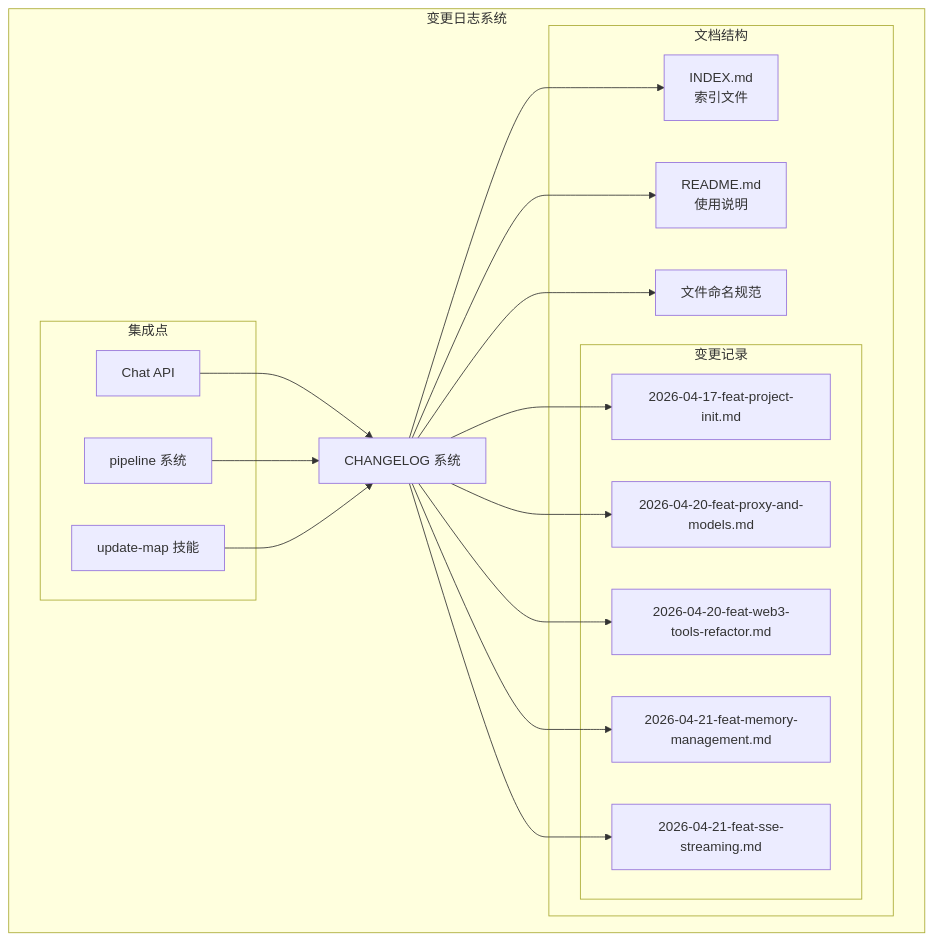
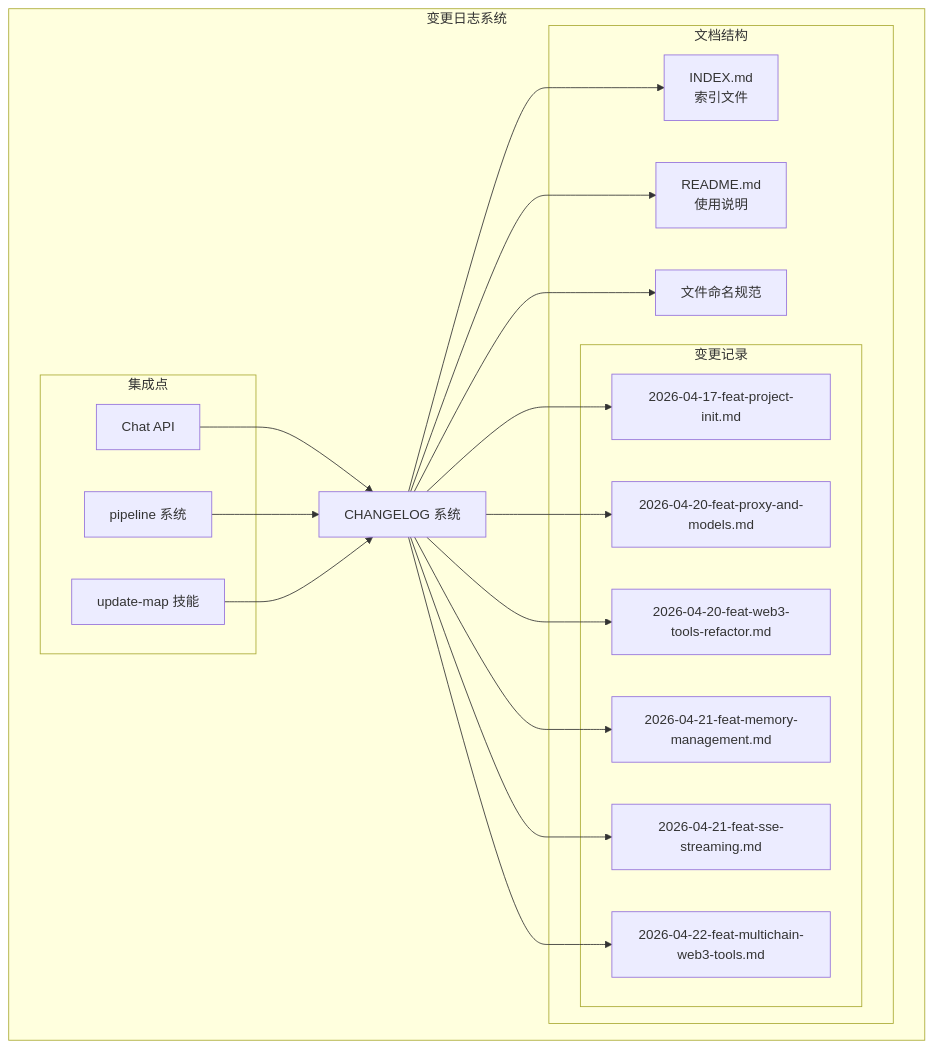
The first of 5 diagrams in .qoder/repowiki/zh/content/项目概述/变更日志系统.md (CryptoLinxu/Web3-AI-Agent), drawn with Mermaid before and after one commit. The commit also changed other lines of this file and 9 other files, not shown here.

````diff
--- a/.qoder/repowiki/zh/content/项目概述/变更日志系统.md
+++ b/.qoder/repowiki/zh/content/项目概述/变更日志系统.md
@@ -57,34 +64,36 @@
 ```mermaid
 graph TB
 subgraph "变更日志系统"
 CL[CHANGELOG 系统]
 subgraph "文档结构"
 IDX[INDEX.md<br/>索引文件]
 RMD[README.md<br/>使用说明]
 FMT[文件命名规范]
 subgraph "变更记录"
 D17[2026-04-17-feat-project-init.md]
 D20_1[2026-04-20-feat-proxy-and-models.md]
 D20_2[2026-04-20-feat-web3-tools-refactor.md]
 D21_1[2026-04-21-feat-memory-management.md]
 D21_2[2026-04-21-feat-sse-streaming.md]
+D22[2026-04-22-feat-multichain-web3-tools.md]
 end
 end
 subgraph "集成点"
 API[Chat API]
 PIPE[pipeline 系统]
 UPDATE[update-map 技能]
 end
 end
 CL --> IDX
 CL --> RMD
 CL --> FMT
 CL --> D17
 CL --> D20_1
 CL --> D20_2
 CL --> D21_1
 CL --> D21_2
+CL --> D22
 API --> CL
 PIPE --> CL
 UPDATE --> CL
 ```
````
